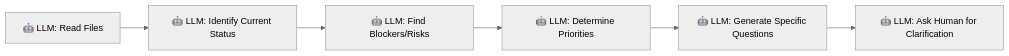
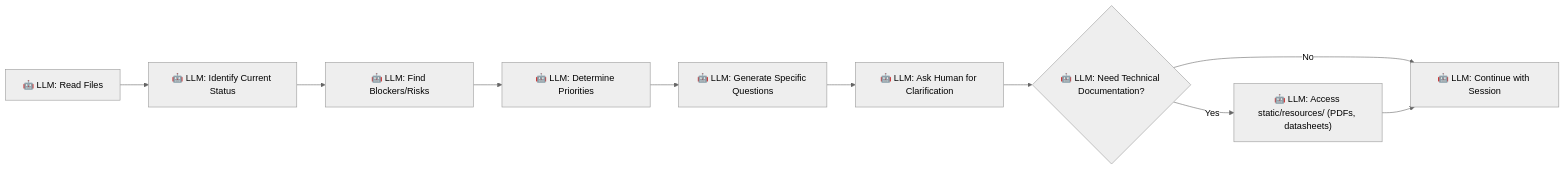
The third of 7 diagrams in guides/context-flow-diagrams.md (mrtuborg/llm-session-context), drawn with Mermaid (neutral theme) before and after one commit. The commit also changed other lines of this file and 1 other file, not shown here.

Commit message:
Access to resources added

````diff
--- a/guides/context-flow-diagrams.md
+++ b/guides/context-flow-diagrams.md
@@ -99,8 +100,12 @@
 ```mermaid
 flowchart LR
     A["🤖 LLM: Read Files"] --> B["🤖 LLM: Identify Current Status"]
     B --> C["🤖 LLM: Find Blockers/Risks"]
     C --> D["🤖 LLM: Determine Priorities"]
     D --> E["🤖 LLM: Generate Specific Questions"]
     E --> F["🤖 LLM: Ask Human for Clarification"]
+    F --> G{"🤖 LLM: Need Technical Documentation?"}
+    G -->|Yes| H["🤖 LLM: Access static/resources/ (PDFs, datasheets)"]
+    G -->|No| I["🤖 LLM: Continue with Session"]
+    H --> I
 ```
````
